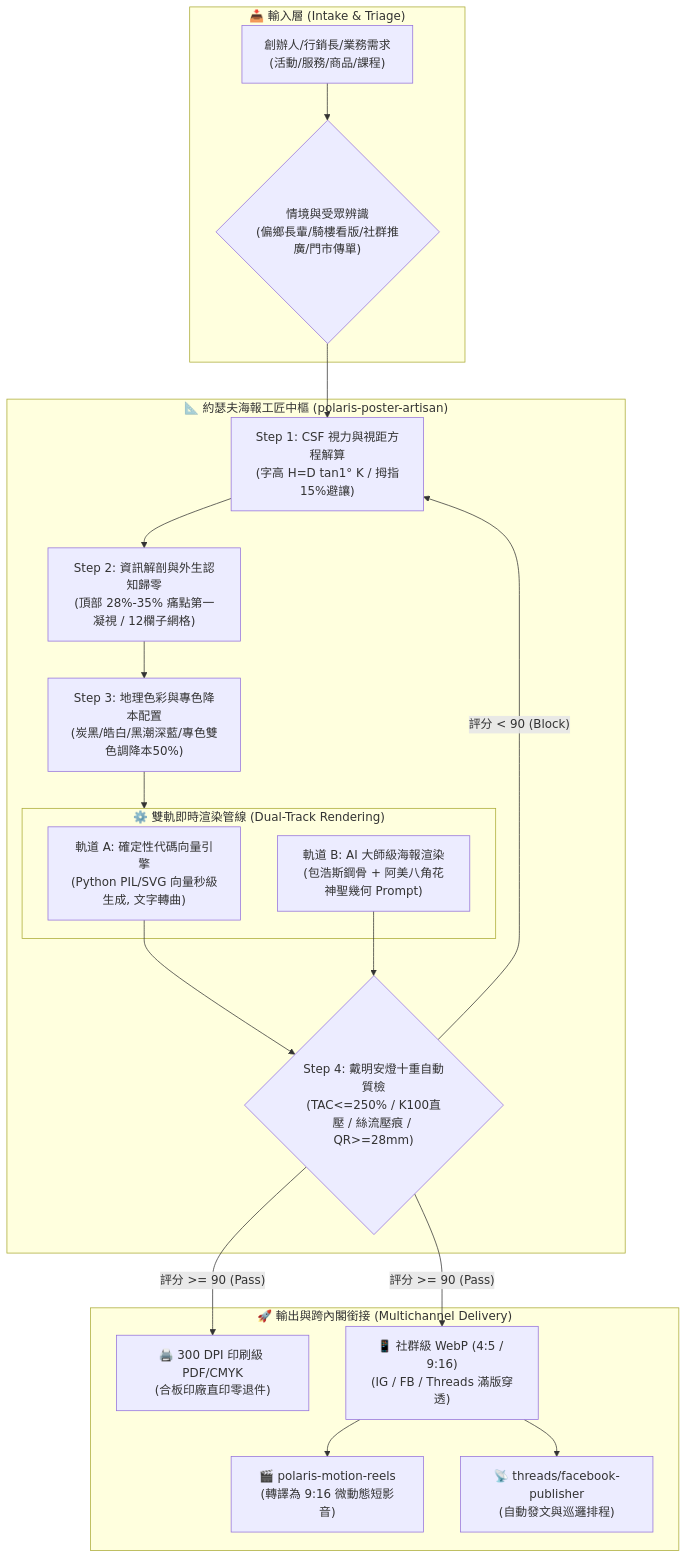
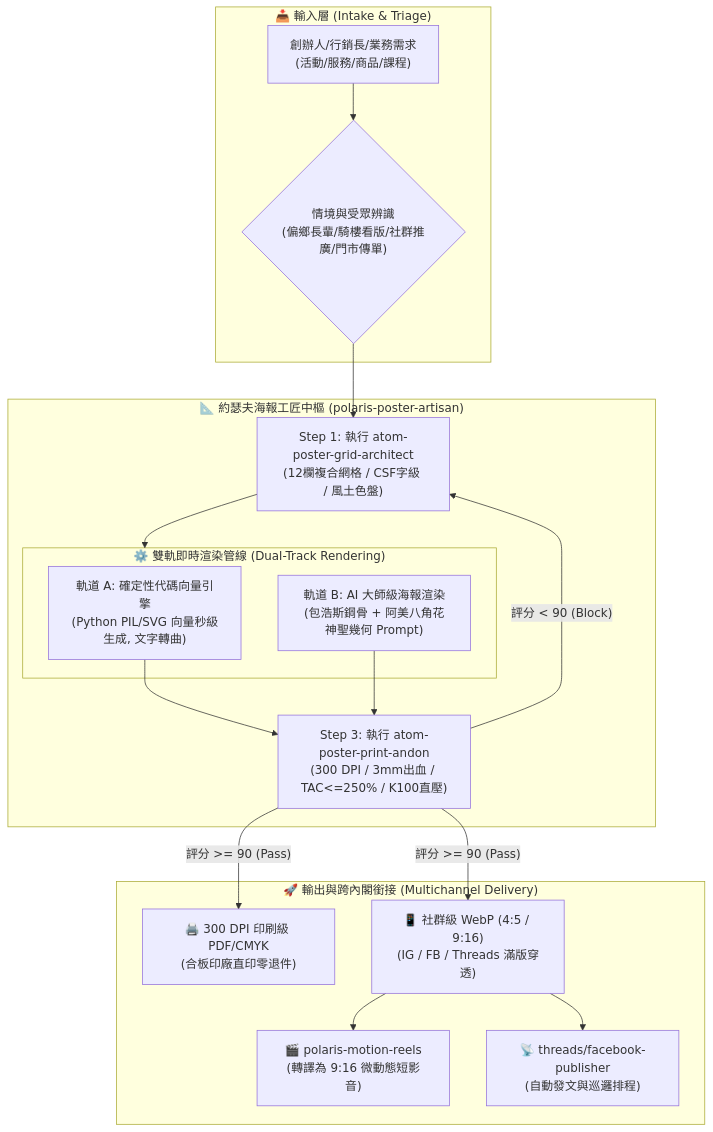
One commit to chalaw710218/00_Master_Polaris changed the diagram in .agents/skills/polaris-poster-artisan/SKILL.md. Above: the diagram before and after it, drawn with Mermaid. The commit also changed other lines of this file and 4880 other files, not shown here.

````diff
--- a/.agents/skills/polaris-poster-artisan/SKILL.md
+++ b/.agents/skills/polaris-poster-artisan/SKILL.md
@@ -22,34 +36,32 @@
 ```mermaid
 flowchart TD
     subgraph Intake ["📥 輸入層 (Intake & Triage)"]
         RawBrief["創辦人/行銷長/業務需求\n(活動/服務/商品/課程)"]
         ContextCheck{"情境與受眾辨識\n(偏鄉長輩/騎樓看版/社群推廣/門市傳單)"}
     end
 
     subgraph CoreEngine ["📐 約瑟夫海報工匠中樞 (polaris-poster-artisan)"]
-        Triage["Step 1: CSF 視力與視距方程解算\n(字高 H=D tan1° K / 拇指15%避讓)"]
-        InfoArch["Step 2: 資訊解剖與外生認知歸零\n(頂部 28%-35% 痛點第一凝視 / 12欄子網格)"]
-        Palette["Step 3: 地理色彩與專色降本配置\n(炭黑/皓白/黑潮深藍/專色雙色調降本50%)"]
+        Step1["Step 1: 執行 atom-poster-grid-architect\n(12欄複合網格 / CSF字級 / 風土色盤)"]
         
         subgraph DualTrack ["⚙️ 雙軌即時渲染管線 (Dual-Track Rendering)"]
             TrackA["軌道 A: 確定性代碼向量引擎\n(Python PIL/SVG 向量秒級生成, 文字轉曲)"]
             TrackB["軌道 B: AI 大師級海報渲染\n(包浩斯鋼骨 + 阿美八角花神聖幾何 Prompt)"]
         end
         
-        AndonGate{"Step 4: 戴明安燈十重自動質檢\n(TAC<=250% / K100直壓 / 絲流壓痕 / QR>=28mm)"}
+        Step3["Step 3: 執行 atom-poster-print-andon\n(300 DPI / 3mm出血 / TAC<=250% / K100直壓)"]
     end
 
     subgraph Delivery ["🚀 輸出與跨內閣銜接 (Multichannel Delivery)"]
         PrintPDF["🖨️ 300 DPI 印刷級 PDF/CMYK\n(合板印廠直印零退件)"]
         SocialIMG["📱 社群級 WebP (4:5 / 9:16)\n(IG / FB / Threads 滿版穿透)"]
         MotionHandoff["🎬 polaris-motion-reels\n(轉譯為 9:16 微動態短影音)"]
         SocialHandoff["📡 threads/facebook-publisher\n(自動發文與巡邏排程)"]
     end
 
-    RawBrief --> ContextCheck --> Triage --> InfoArch --> Palette --> DualTrack
-    TrackA --> AndonGate
-    TrackB --> AndonGate
-    AndonGate -- "評分 >= 90 (Pass)" --> PrintPDF & SocialIMG
+    RawBrief --> ContextCheck --> Step1 --> DualTrack
+    TrackA --> Step3
+    TrackB --> Step3
+    Step3 -- "評分 >= 90 (Pass)" --> PrintPDF & SocialIMG
     SocialIMG --> MotionHandoff & SocialHandoff
-    AndonGate -- "評分 < 90 (Block)" --> Triage
+    Step3 -- "評分 < 90 (Block)" --> Step1
 ```
````
